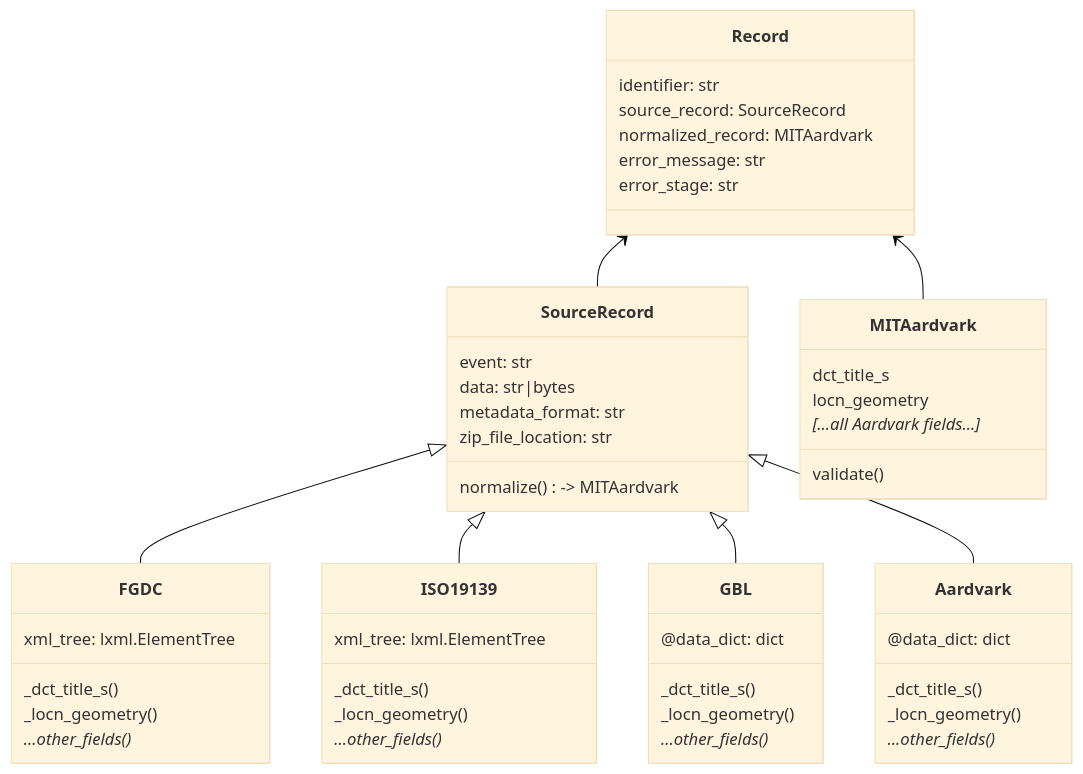
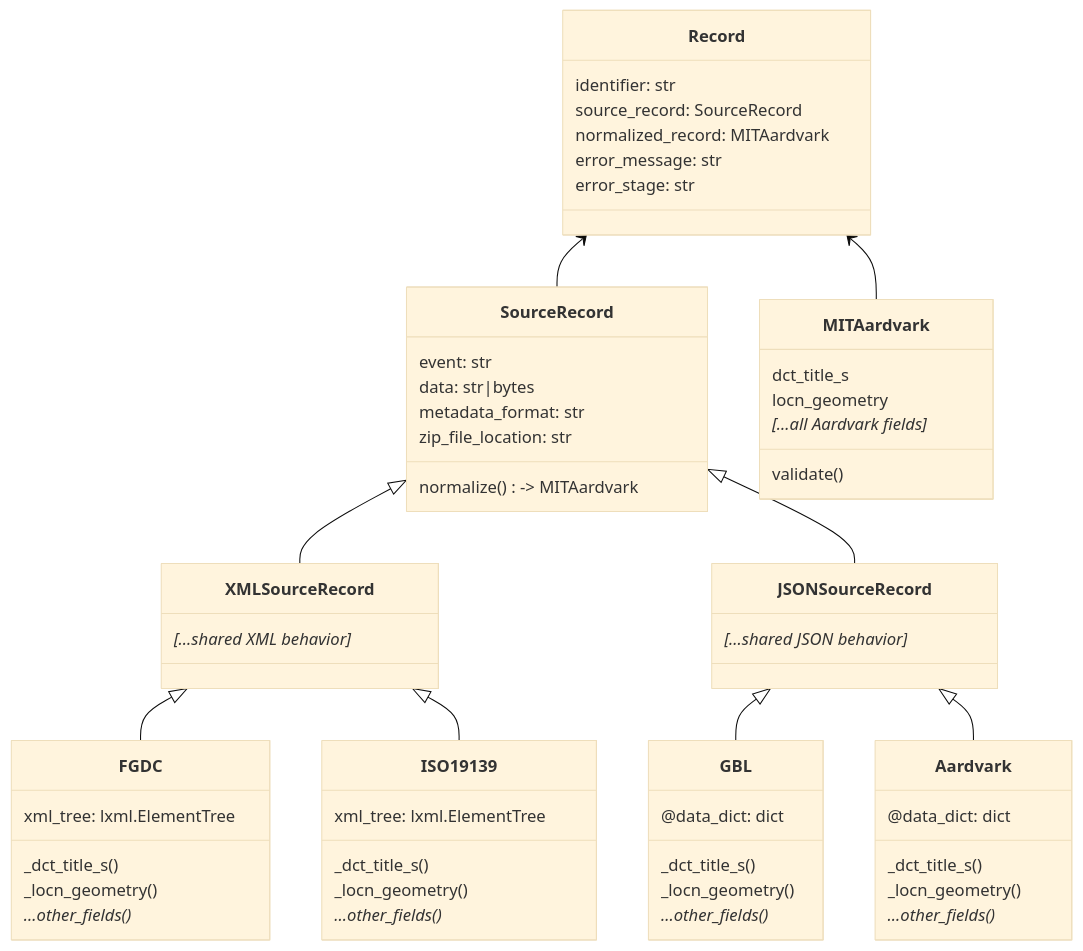
The first of 2 diagrams in docs/metadata_normalization.md (MITLibraries/geo-harvester), drawn with Mermaid (base theme) before and after one commit. The commit also changed other lines of this file, not shown here.

Commit message:
add XMLSourceRecord and JSONSourceRecord

````diff
--- a/docs/metadata_normalization.md
+++ b/docs/metadata_normalization.md
@@ -5,54 +7,62 @@
 ```mermaid
 classDiagram
     class Record{
         identifier: str
         source_record: SourceRecord
         normalized_record: MITAardvark
         error_message: str
         error_stage: str
     }
     class SourceRecord{
         event: str
         data: str|bytes
         metadata_format: str
         zip_file_location: str
         normalize() -> MITAardvark
     }
     class MITAardvark{
         dct_title_s
         locn_geometry
-        [...all Aardvark fields...]*
+        [...all Aardvark fields]*
         validate()
+    }
+    class XMLSourceRecord{
+        [...shared XML behavior]*
+    }
+    class JSONSourceRecord{
+        [...shared JSON behavior]*
     }
     class FGDC{
         xml_tree: lxml.ElementTree
         _dct_title_s()
         _locn_geometry()
         ...other_fields()*
     }
     class ISO19139{
         xml_tree: lxml.ElementTree
         _dct_title_s()
         _locn_geometry()
         ...other_fields()*
     }
     class GBL{
         @data_dict: dict
         _dct_title_s()
         _locn_geometry()
         ...other_fields()*
     }
     class Aardvark{
         @data_dict: dict
         _dct_title_s()
         _locn_geometry()
         ...other_fields()*
     }
     
     Record <-- SourceRecord
     Record <-- MITAardvark
-    SourceRecord <|-- FGDC
-    SourceRecord <|-- ISO19139
-    SourceRecord <|-- GBL
-    SourceRecord <|-- Aardvark
+    SourceRecord <|-- XMLSourceRecord
+    SourceRecord <|-- JSONSourceRecord
+    XMLSourceRecord <|-- FGDC
+    XMLSourceRecord <|-- ISO19139
+    JSONSourceRecord <|-- GBL
+    JSONSourceRecord <|-- Aardvark
 ```
````
